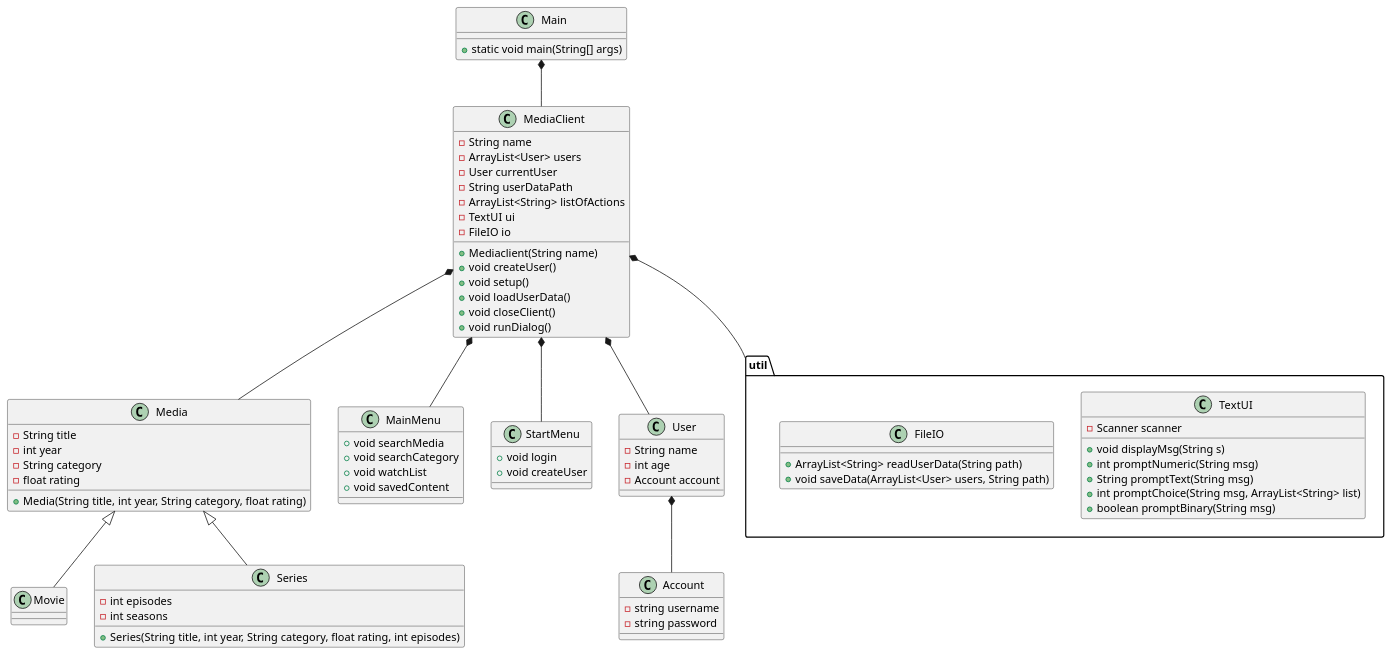
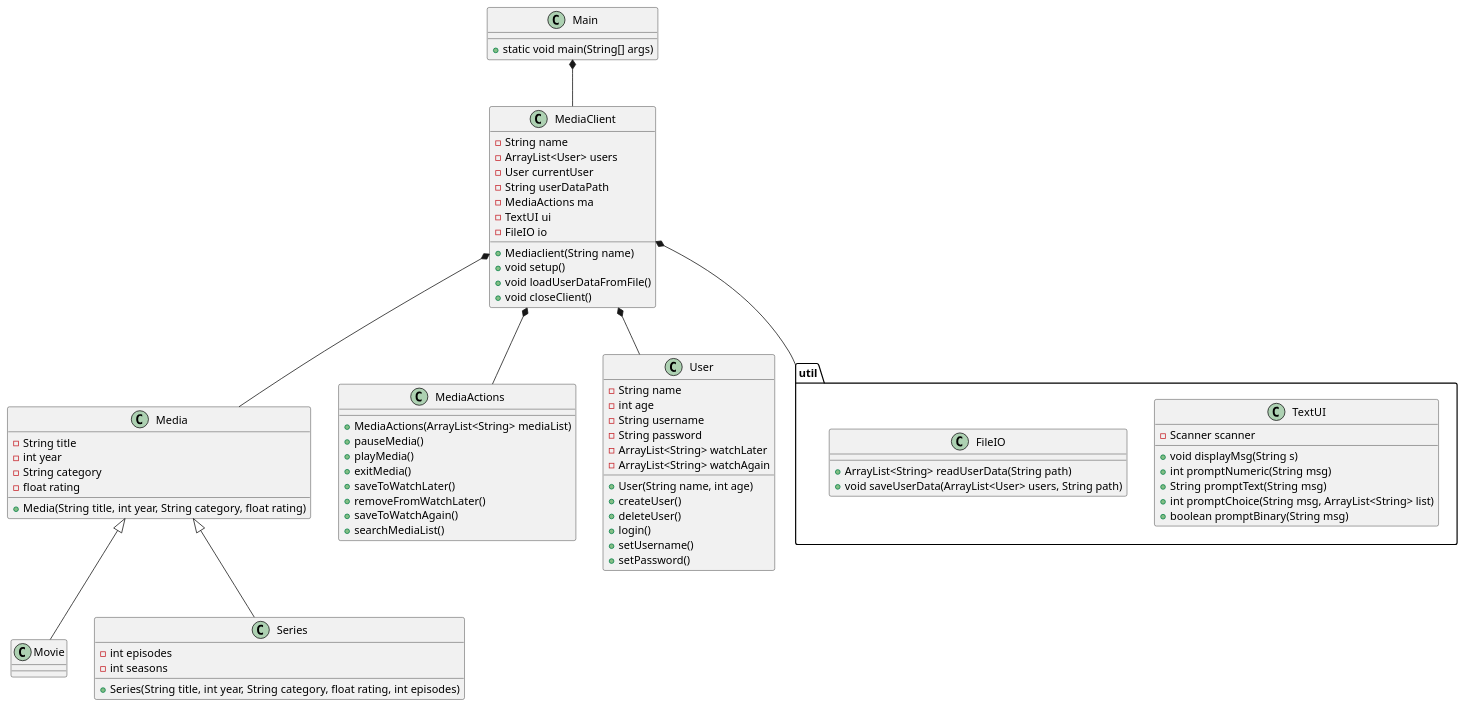
Before and after one commit to b-rino/SP3: the diagram in docs/classdiagram_v0.puml, drawn with PlantUML. The commit also changed 4 other files, not shown here.

```diff
--- a/docs/classdiagram_v0.puml
+++ b/docs/classdiagram_v0.puml
@@ -1,97 +1,101 @@
 @startuml
 class Main{
 + static void main(String[] args)
 }
 
 class Media{
 - String title
 - int year
 - String category
 - float rating
 +Media(String title, int year, String category, float rating)
 
 
 }
 
 class MediaClient{
 -String name
 -ArrayList<User> users
 -User currentUser
 -String userDataPath
--ArrayList<String> listOfActions
+-MediaActions ma
 -TextUI ui
 -FileIO io
 +Mediaclient(String name)
-+void createUser()
 +void setup()
-+void loadUserData()
++void loadUserDataFromFile()
 +void closeClient()
-+void runDialog()
 
-
-}
-
-class MainMenu {
-    + void searchMedia
-    + void searchCategory
-    + void watchList
-    + void savedContent
-}
-
-class StartMenu {
-    + void login
-    + void createUser
 
 }
 
 
 class Movie{
 }
 
 class Series{
 - int episodes
 - int seasons
 +Series(String title, int year, String category, float rating, int episodes)
 }
 
+
+class MediaActions{
++MediaActions(ArrayList<String> mediaList)
++pauseMedia()
++playMedia()
++exitMedia()
++saveToWatchLater()
++removeFromWatchLater()
++saveToWatchAgain()
++searchMediaList()
+}
+
 class User{
 -String name
 -int age
--Account account
+-String username
+-String password
+-ArrayList<String> watchLater
+-ArrayList<String> watchAgain
++User(String name, int age)
++createUser()
++deleteUser()
++login()
+'+logout() nok ikke nødvendig
++setUsername()
++setPassword()
 }
 
-class Account{
-- string username
-- string password
-}
 
 package "util" {
 class TextUI{
 - Scanner scanner
 
 +void displayMsg(String s)
 +int promptNumeric(String msg)
 +String promptText(String msg)
 +int promptChoice(String msg, ArrayList<String> list)
 +boolean promptBinary(String msg)
 }
 class FileIO{
+'+void addMediaToFile(Media media, String path)
+'+void removeMediaFromFile(Media media, String path)
 +ArrayList<String> readUserData(String path)
-+void saveData(ArrayList<User> users, String path)
++void saveUserData(ArrayList<User> users, String path)
 }
 }
 
 MediaClient *-- Media
 Media<|--Series
 Media <|-- Movie
 MediaClient *-- User
 Main *-- MediaClient
-MediaClient *-- MainMenu
-MediaClient *-- StartMenu
 MediaClient *-- "util"
-User *-- Account
+MediaClient *-- MediaActions
+
 
 
 
 
 @enduml
```
